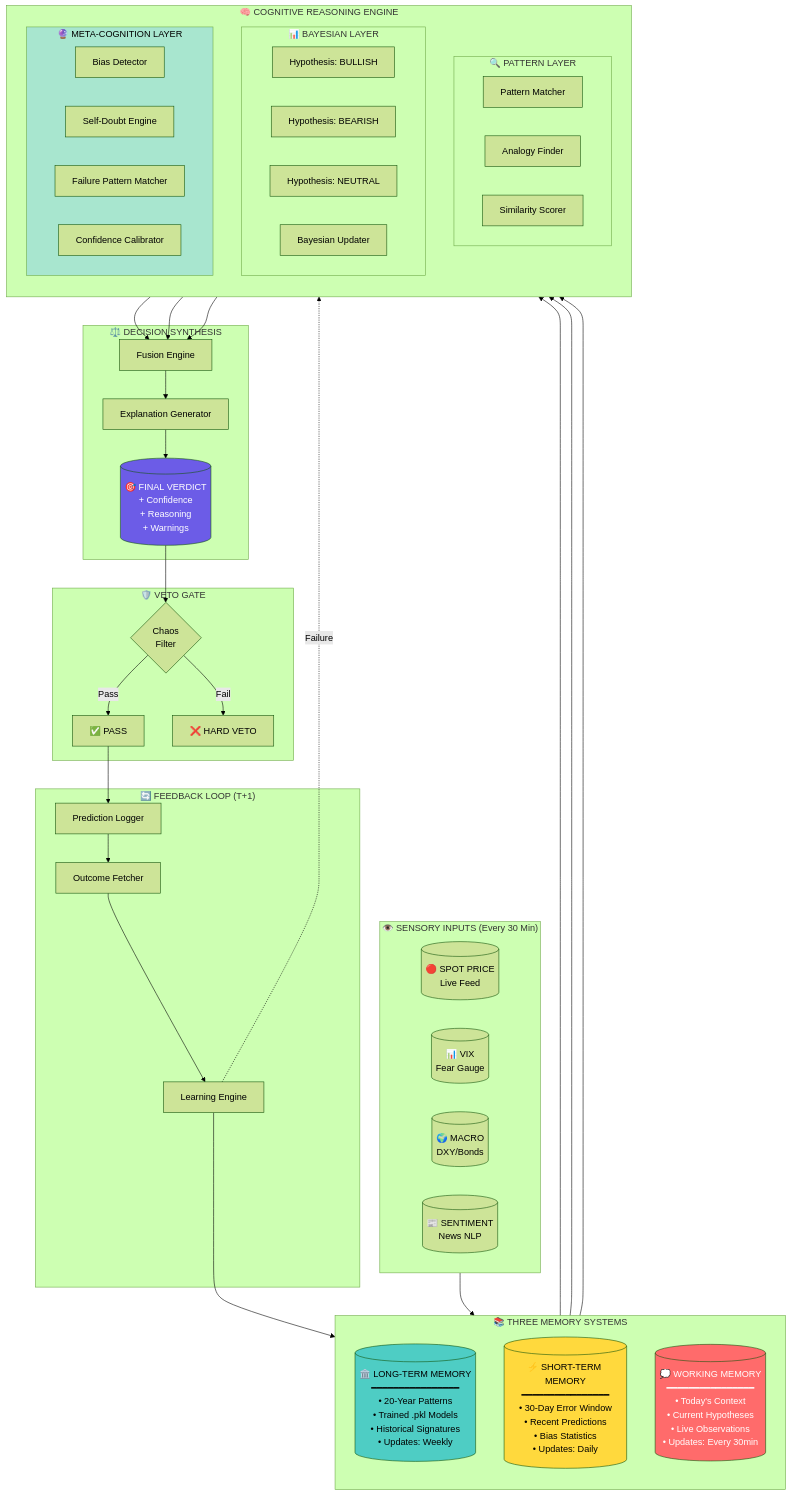
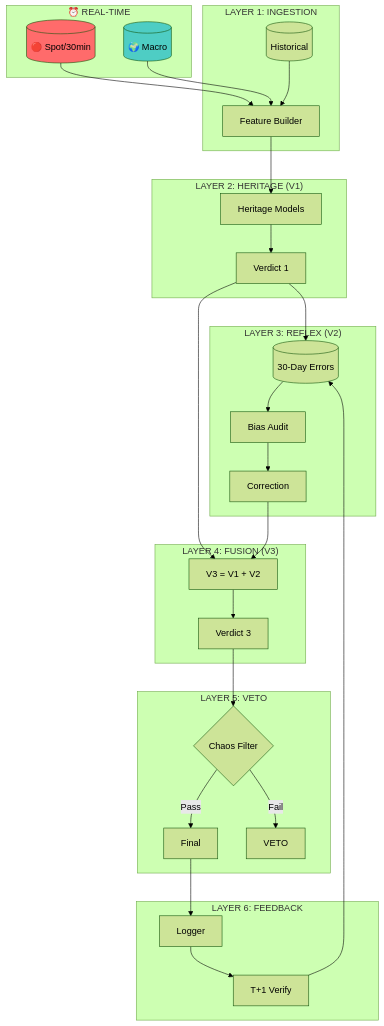
The third of 6 diagrams in README.md (pravindev666/Tradyx-Aleph), drawn with Mermaid (forest theme) before and after one commit. The commit also changed other lines of this file, not shown here.

````diff
--- a/README.md
+++ b/README.md
@@ -19,89 +108,45 @@
 ```mermaid
 flowchart TB
-    subgraph INPUTS["👁️ SENSORY INPUTS (Every 30 Min)"]
-        direction LR
-        SPOT[("🔴 SPOT PRICE<br/>Live Feed")]
-        VIX[("📊 VIX<br/>Fear Gauge")]
-        MACRO[("🌍 MACRO<br/>DXY/Bonds")]
-        SENT[("📰 SENTIMENT<br/>News NLP")]
+    subgraph L0["⏰ REAL-TIME"]
+        SPOT[("🔴 Spot/30min")]
+        MACRO[("🌍 Macro")]
     end
 
-    subgraph MEMORY["📚 THREE MEMORY SYSTEMS"]
-        direction TB
-        LTM[("🏛️ LONG-TERM MEMORY<br/>━━━━━━━━━━━━━━━━<br/>• 20-Year Patterns<br/>• Trained .pkl Models<br/>• Historical Signatures<br/>• Updates: Weekly")]
-        STM[("⚡ SHORT-TERM MEMORY<br/>━━━━━━━━━━━━━━━━<br/>• 30-Day Error Window<br/>• Recent Predictions<br/>• Bias Statistics<br/>• Updates: Daily")]
-        WM[("💭 WORKING MEMORY<br/>━━━━━━━━━━━━━━━━<br/>• Today's Context<br/>• Current Hypotheses<br/>• Live Observations<br/>• Updates: Every 30min")]
+    subgraph L1["LAYER 1: INGESTION"]
+        SPOT --> FEAT[Feature Builder]
+        MACRO --> FEAT
+        HIST[(Historical)] --> FEAT
     end
 
-    subgraph REASONING["🧠 COGNITIVE REASONING ENGINE"]
-        direction TB
-        
-        subgraph PATTERN["🔍 PATTERN LAYER"]
-            PAT1[Pattern Matcher]
-            PAT2[Analogy Finder]
-            PAT3[Similarity Scorer]
-        end
-        
-        subgraph BAYES["📊 BAYESIAN LAYER"]
-            HYP1["Hypothesis: BULLISH"]
-            HYP2["Hypothesis: BEARISH"]
-            HYP3["Hypothesis: NEUTRAL"]
-            UPDATE[Bayesian Updater]
-        end
-        
-        subgraph META["🔮 META-COGNITION LAYER"]
-            BIAS[Bias Detector]
-            DOUBT[Self-Doubt Engine]
-            FAIL[Failure Pattern Matcher]
-            CONF[Confidence Calibrator]
-        end
+    subgraph L2["LAYER 2: HERITAGE (V1)"]
+        FEAT --> MODELS[Heritage Models]
+        MODELS --> V1[Verdict 1]
     end
 
-    subgraph SYNTHESIS["⚖️ DECISION SYNTHESIS"]
-        FUSE[Fusion Engine]
-        EXPLAIN[Explanation Generator]
-        VERDICT[("🎯 FINAL VERDICT<br/>+ Confidence<br/>+ Reasoning<br/>+ Warnings")]
+    subgraph L3["LAYER 3: REFLEX (V2)"]
+        V1 --> ERRORS[(30-Day Errors)]
+        ERRORS --> AUDIT[Bias Audit]
+        AUDIT --> V2[Correction]
     end
 
-    subgraph VETO["🛡️ VETO GATE"]
-        CHAOS{Chaos<br/>Filter}
-        PASS[✅ PASS]
-        BLOCK[❌ HARD VETO]
+    subgraph L4["LAYER 4: FUSION (V3)"]
+        V1 --> FUSE["V3 = V1 + V2"]
+        V2 --> FUSE
+        FUSE --> V3[Verdict 3]
     end
 
-    subgraph FEEDBACK["🔄 FEEDBACK LOOP (T+1)"]
-        LOG[Prediction Logger]
-        VERIFY[Outcome Fetcher]
-        LEARN[Learning Engine]
+    subgraph L5["LAYER 5: VETO"]
+        V3 --> CHAOS{Chaos Filter}
+        CHAOS -->|Pass| FINAL[Final]
+        CHAOS -->|Fail| VETO[VETO]
     end
 
-    %% Data Flow
-    INPUTS --> WM
-    LTM --> PATTERN
-    STM --> META
-    WM --> BAYES
-    
-    PATTERN --> FUSE
-    BAYES --> FUSE
-    META --> FUSE
-    
-    FUSE --> EXPLAIN
-    EXPLAIN --> VERDICT
-    VERDICT --> CHAOS
-    
-    CHAOS -->|Pass| PASS
-    CHAOS -->|Fail| BLOCK
-    
-    PASS --> LOG
-    LOG --> VERIFY
-    VERIFY --> LEARN
-    LEARN --> STM
-    LEARN -.->|Failure| META
+    subgraph L6["LAYER 6: FEEDBACK"]
+        FINAL --> LOGGER[Logger]
+        LOGGER --> VERIFY[T+1 Verify]
+        VERIFY --> ERRORS
+    end
 
-    %% Styling
-    style LTM fill:#4ecdc4,color:#000
-    style STM fill:#ffd93d,color:#000
-    style WM fill:#ff6b6b,color:#fff
-    style META fill:#a8e6cf,color:#000
-    style VERDICT fill:#6c5ce7,color:#fff
+    style SPOT fill:#ff6b6b
+    style MACRO fill:#4ecdc4
 ```
````
